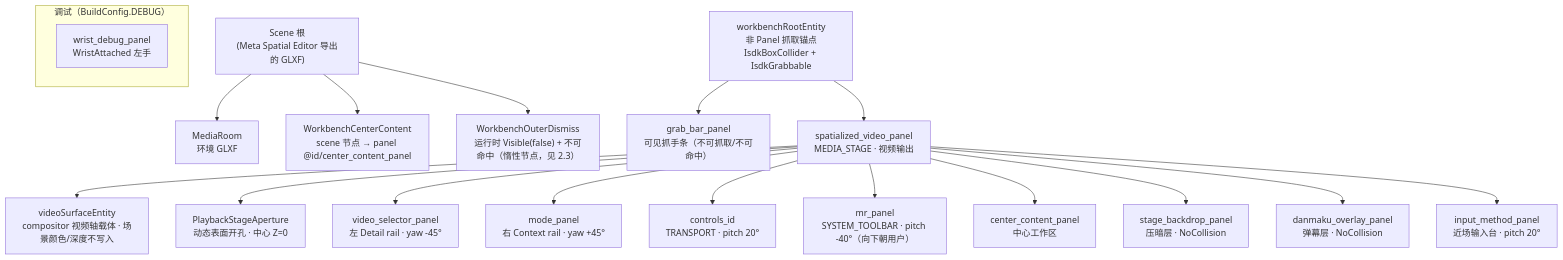
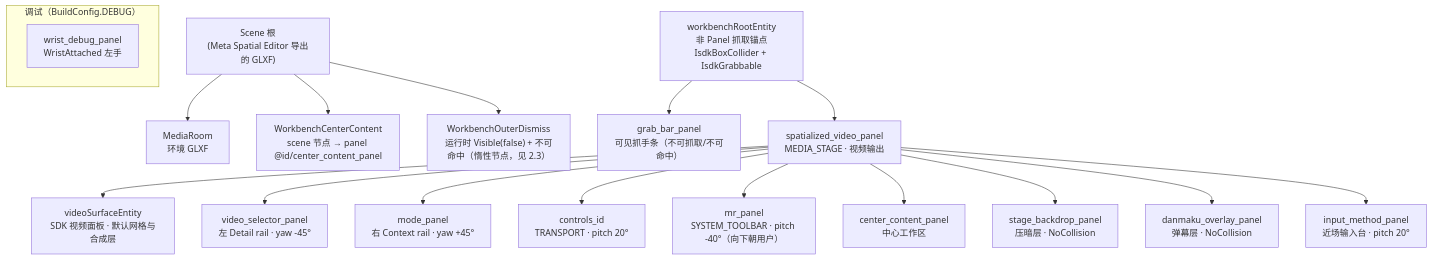
Before and after one commit to Powdered-Delta/viriviri: the first of 4 diagrams in docs/ui-structure-and-terminology.md, drawn with Mermaid. The commit also changed other lines of this file and 88 other files, not shown here.

First line of the commit message:
feat: replace production video stage and implement context rail

````diff
--- a/docs/ui-structure-and-terminology.md
+++ b/docs/ui-structure-and-terminology.md
@@ -78,26 +78,25 @@
 ```mermaid
 graph TD
     Scene["Scene 根<br/>(Meta Spatial Editor 导出的 GLXF)"]
     Scene --> MediaRoom["MediaRoom<br/>环境 GLXF"]
     Scene --> CenterAuthored["WorkbenchCenterContent<br/>scene 节点 → panel @id/center_content_panel"]
     Scene --> OuterDismiss["WorkbenchOuterDismiss<br/>运行时 Visible(false) + 不可命中（惰性节点，见 2.3）"]
 
     Root["workbenchRootEntity<br/>非 Panel 抓取锚点<br/>IsdkBoxCollider + IsdkGrabbable"]
     Root --> GrabBar["grab_bar_panel<br/>可见抓手条（不可抓取/不可命中）"]
     Root --> Stage["spatialized_video_panel<br/>MEDIA_STAGE · 视频输出"]
 
-    Stage --> Surface["videoSurfaceEntity<br/>compositor 视频轴载体 · 场景颜色/深度不写入"]
-    Stage --> ApertureSurface["PlaybackStageAperture<br/>动态表面开孔 · 中心 Z=0"]
+    Stage --> Surface["videoSurfaceEntity<br/>SDK 视频面板 · 默认网格与合成层"]
     Stage --> LeftRail["video_selector_panel<br/>左 Detail rail · yaw -45°"]
     Stage --> RightRail["mode_panel<br/>右 Context rail · yaw +45°"]
     Stage --> Transport["controls_id<br/>TRANSPORT · pitch 20°"]
     Stage --> Nav["mr_panel<br/>SYSTEM_TOOLBAR · pitch -40°（向下朝用户）"]
     Stage --> Center["center_content_panel<br/>中心工作区"]
     Stage --> Backdrop["stage_backdrop_panel<br/>压暗层 · NoCollision"]
     Stage --> Danmaku["danmaku_overlay_panel<br/>弹幕层 · NoCollision"]
     Stage --> Ime["input_method_panel<br/>近场输入台 · pitch 20°"]
 
     subgraph Wrist["调试（BuildConfig.DEBUG）"]
         WristPanel["wrist_debug_panel<br/>WristAttached 左手"]
     end
 ```
````
